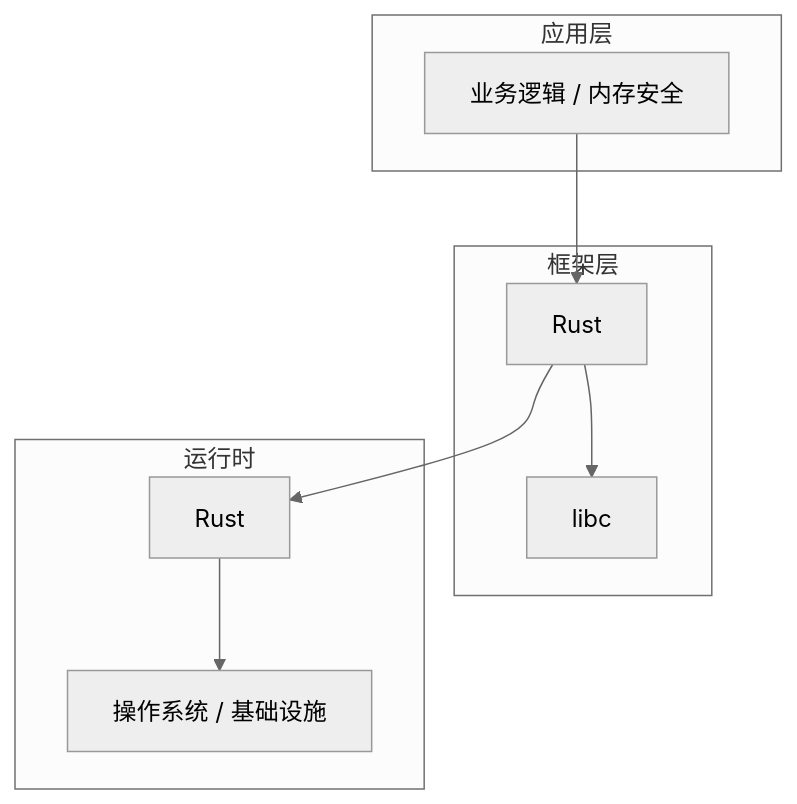
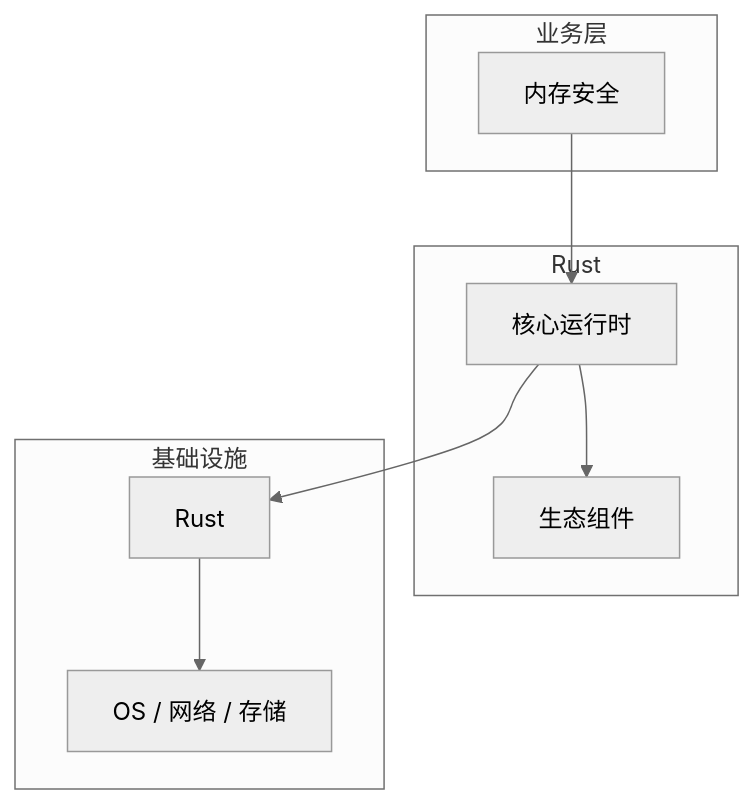
The diagram in articles/Rust系统编程/chapters/006-内存安全核心概念与原理.md (yanggan2015/knowledge-json-v2), drawn with Mermaid (neutral theme) before and after one commit. The commit also changed other lines of this file and 10127 other files, not shown here.

````diff
--- a/articles/Rust系统编程/chapters/006-内存安全核心概念与原理.md
+++ b/articles/Rust系统编程/chapters/006-内存安全核心概念与原理.md
@@ -45,18 +30,18 @@
 ```mermaid
 graph TB
-    subgraph 应用层
-        A[业务逻辑 / 内存安全]
+    subgraph 业务层
+        A[内存安全]
     end
-    subgraph 框架层
-        B[Rust]
-        C[libc]
+    subgraph Rust
+        B[核心运行时]
+        C[生态组件]
     end
-    subgraph 运行时
+    subgraph 基础设施
         D[Rust]
-        E[操作系统 / 基础设施]
+        E[OS / 网络 / 存储]
     end
     A --> B
     B --> C
     B --> D
     D --> E
 ```
````
